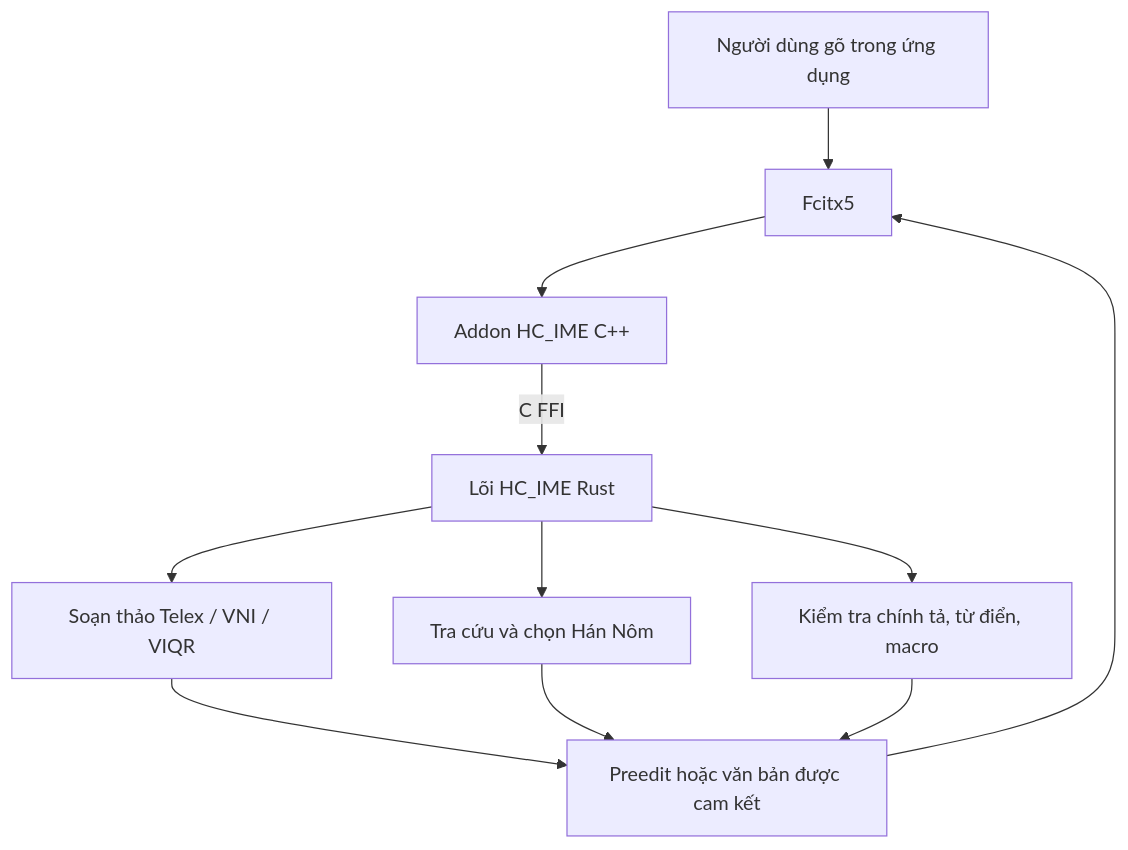
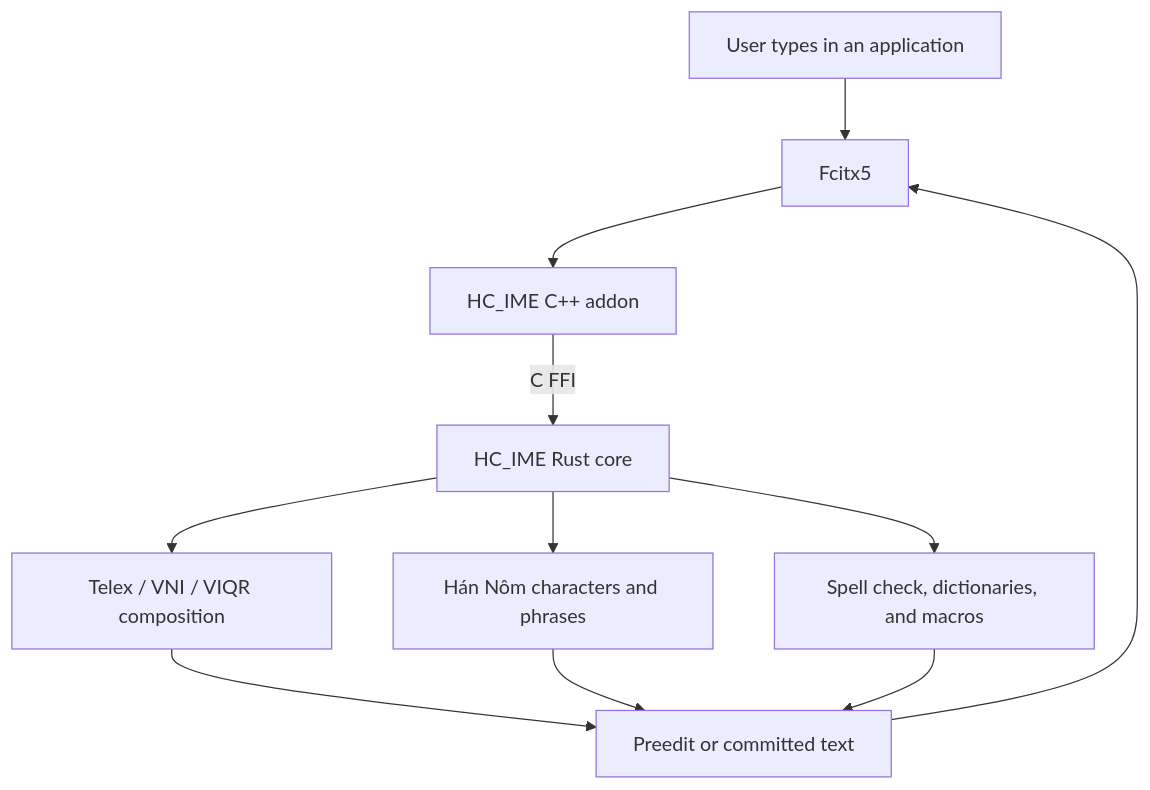
Before and after one commit to jakessteve/HC_IME: the diagram in README.md, drawn with Mermaid. The commit also changed other lines of this file and 15 other files, not shown here.

First line of the commit message:
Enhance Hán Nôm input method with phrase support and dictionary updates

````diff
--- a/README.md
+++ b/README.md
@@ -26,13 +25,13 @@
 ```mermaid
 graph TD
-    U[Người dùng gõ trong ứng dụng] --> F[Fcitx5]
-    F --> A[Addon HC_IME C++]
-    A -->|C FFI| R[Lõi HC_IME Rust]
-    R --> V[Soạn thảo Telex / VNI / VIQR]
-    R --> H[Tra cứu và chọn Hán Nôm]
-    R --> D[Kiểm tra chính tả, từ điển, macro]
-    V --> O[Preedit hoặc văn bản được cam kết]
+    U[User types in an application] --> F[Fcitx5]
+    F --> A[HC_IME C++ addon]
+    A -->|C FFI| R[HC_IME Rust core]
+    R --> V[Telex / VNI / VIQR composition]
+    R --> H[Hán Nôm characters and phrases]
+    R --> D[Spell check, dictionaries, and macros]
+    V --> O[Preedit or committed text]
     H --> O
     D --> O
     O --> F
 ```
````
